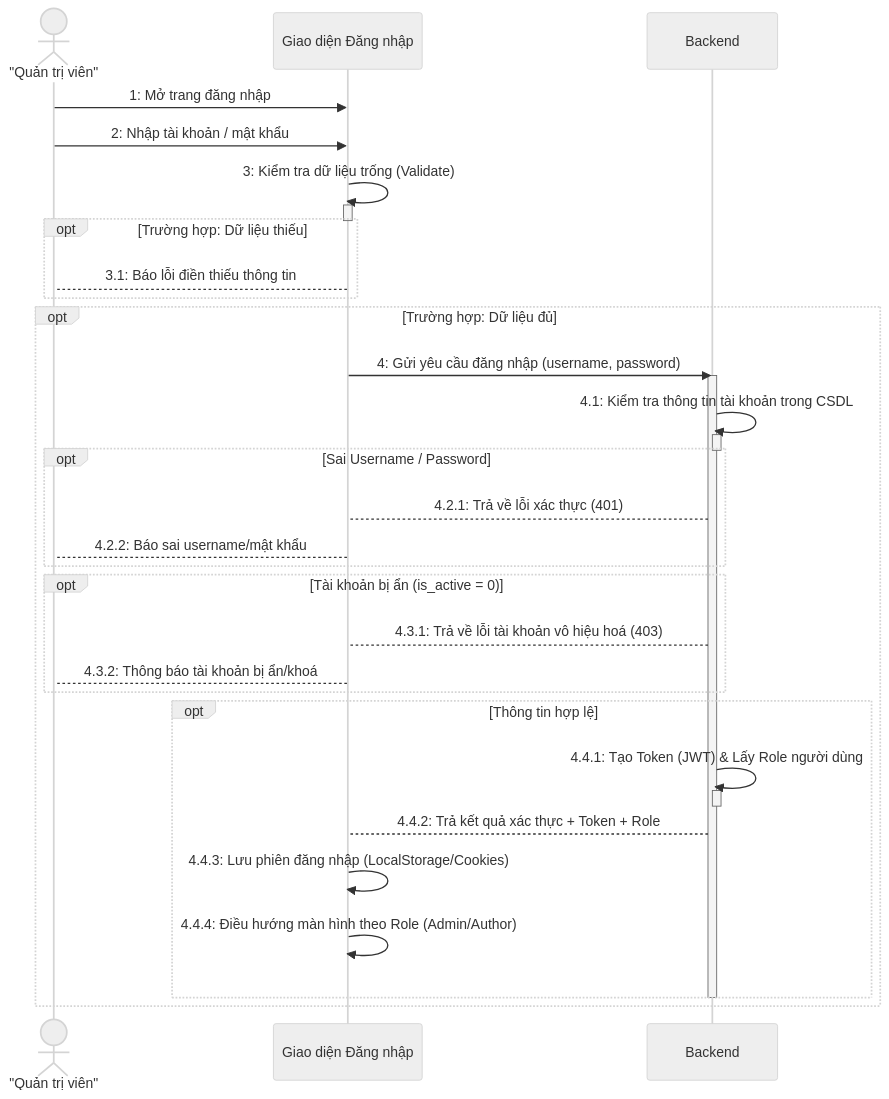
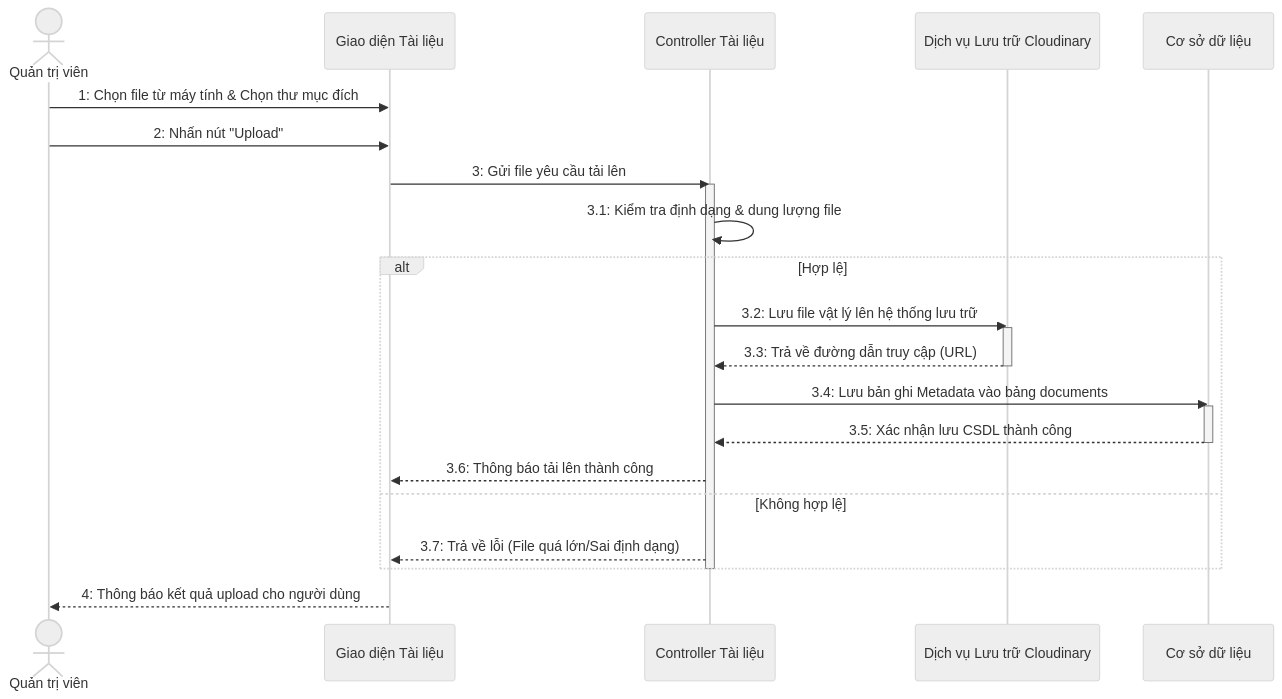
Before and after one commit to Trangkmt/lcd-website: the ninth of 12 diagrams in docs/Sequence_Diagrams.md, drawn with Mermaid (neutral theme). The commit also changed other lines of this file and 47 other files, not shown here.

````diff
--- a/docs/Sequence_Diagrams.md
+++ b/docs/Sequence_Diagrams.md
@@ -310,45 +303,32 @@
 ```mermaid
 sequenceDiagram
-    actor A as "Quản trị viên"
-    participant B as Giao diện Đăng nhập
-    participant BE as Backend
+    actor A as Quản trị viên
+    participant G as Giao diện Tài liệu
+    participant C as Controller Tài liệu
+    participant S as Dịch vụ Lưu trữ Cloudinary
+    participant D as Cơ sở dữ liệu
     
-    A->>B: 1: Mở trang đăng nhập
-    A->>B: 2: Nhập tài khoản / mật khẩu
+    A->>G: 1: Chọn file từ máy tính & Chọn thư mục đích
+    A->>G: 2: Nhấn nút "Upload"
     
-    B->>B: 3: Kiểm tra dữ liệu trống (Validate)
-    activate B
-    deactivate B
+    G->>C: 3: Gửi file yêu cầu tải lên
+    activate C
+    C->>C: 3.1: Kiểm tra định dạng & dung lượng file
     
-    opt Trường hợp: Dữ liệu thiếu
-        B-->A: 3.1: Báo lỗi điền thiếu thông tin
+    alt Hợp lệ
+        C->>S: 3.2: Lưu file vật lý lên hệ thống lưu trữ
+        activate S
+        S-->>C: 3.3: Trả về đường dẫn truy cập (URL)
+        deactivate S
+        C->>D: 3.4: Lưu bản ghi Metadata vào bảng documents
+        activate D
+        D-->>C: 3.5: Xác nhận lưu CSDL thành công
+        deactivate D
+        C-->>G: 3.6: Thông báo tải lên thành công
+    else Không hợp lệ
+        C-->>G: 3.7: Trả về lỗi (File quá lớn/Sai định dạng)
     end
+    deactivate C
     
-    opt Trường hợp: Dữ liệu đủ
-        B->>BE: 4: Gửi yêu cầu đăng nhập (username, password)
-        activate BE
-        BE->>BE: 4.1: Kiểm tra thông tin tài khoản trong CSDL
-        activate BE
-        deactivate BE
-        
-        opt Sai Username / Password
-            BE-->B: 4.2.1: Trả về lỗi xác thực (401)
-            B-->A: 4.2.2: Báo sai username/mật khẩu
-        end
-        
-        opt Tài khoản bị ẩn (is_active = 0)
-            BE-->B: 4.3.1: Trả về lỗi tài khoản vô hiệu hoá (403)
-            B-->A: 4.3.2: Thông báo tài khoản bị ẩn/khoá
-        end
-        
-        opt Thông tin hợp lệ
-            BE->>BE: 4.4.1: Tạo Token (JWT) & Lấy Role người dùng
-            activate BE
-            deactivate BE
-            BE-->B: 4.4.2: Trả kết quả xác thực + Token + Role
-            B->>B: 4.4.3: Lưu phiên đăng nhập (LocalStorage/Cookies)
-            B->>B: 4.4.4: Điều hướng màn hình theo Role (Admin/Author)
-        end
-        deactivate BE
-    end
+    G-->>A: 4: Thông báo kết quả upload cho người dùng
 ```
````
